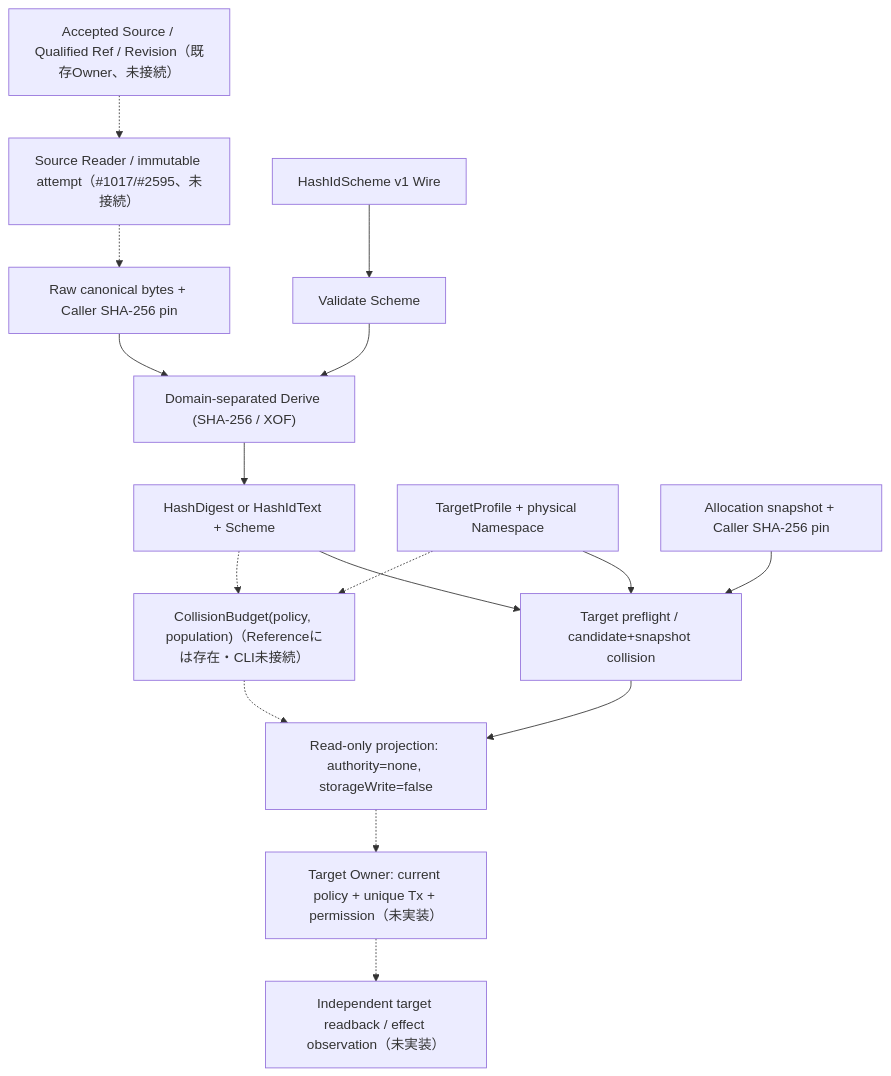
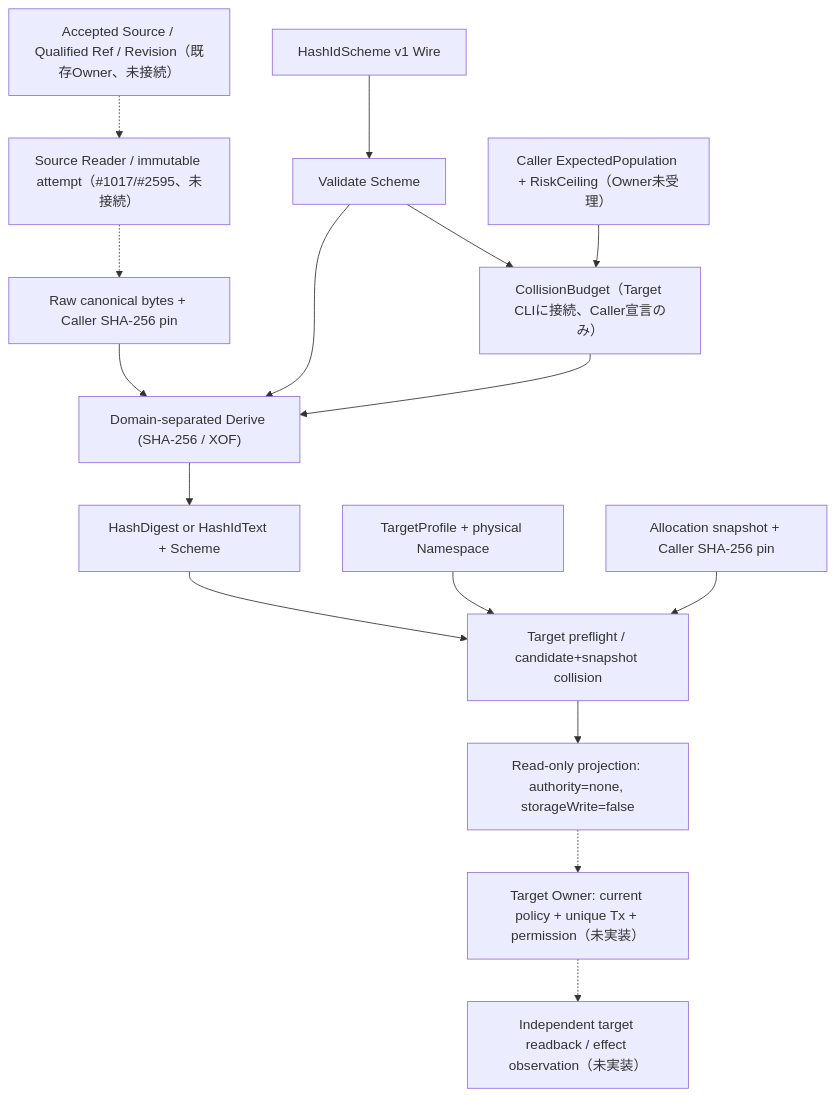
One commit to hat47x/tei-platform changed the diagram in plan/design/HASH_DERIVED_ID_SCHEME_DESIGN_2026-11.md. Above: the diagram before and after it, drawn with Mermaid. The commit also changed other lines of this file, not shown here.

Commit message:
docs(design): connect explicit collision budget in transparent headless pipeline and preserve Owner boundary (#2814)

````diff
--- a/plan/design/HASH_DERIVED_ID_SCHEME_DESIGN_2026-11.md
+++ b/plan/design/HASH_DERIVED_ID_SCHEME_DESIGN_2026-11.md
@@ -239,32 +239,33 @@
 ```mermaid
 flowchart TD
     A["Accepted Source / Qualified Ref / Revision（既存Owner、未接続）"]
     B["Source Reader / immutable attempt（#1017/#2595、未接続）"]
     C["Raw canonical bytes + Caller SHA-256 pin"]
     D["HashIdScheme v1 Wire"]
     E["Validate Scheme"]
     F["Domain-separated Derive (SHA-256 / XOF)"]
     G["HashDigest or HashIdText + Scheme"]
     H["TargetProfile + physical Namespace"]
     I["Allocation snapshot + Caller SHA-256 pin"]
     J["Target preflight / candidate+snapshot collision"]
-    P["CollisionBudget(policy, population)（Referenceには存在・CLI未接続）"]
+    P["CollisionBudget（Target CLIに接続、Caller宣言のみ）"]
+    Q["Caller ExpectedPopulation + RiskCeiling（Owner未受理）"]
     K["Read-only projection: authority=none, storageWrite=false"]
     L["Target Owner: current policy + unique Tx + permission（未実装）"]
     M["Independent target readback / effect observation（未実装）"]
     A -.-> B
     B -.-> C
     C --> F
     D --> E
     E --> F
+    E --> P
+    Q --> P
+    P --> F
     F --> G
     G --> J
     H --> J
     I --> J
     J --> K
-    G -.-> P
-    H -.-> P
-    P -.-> K
     K -.-> L
     L -.-> M
 ```
````
